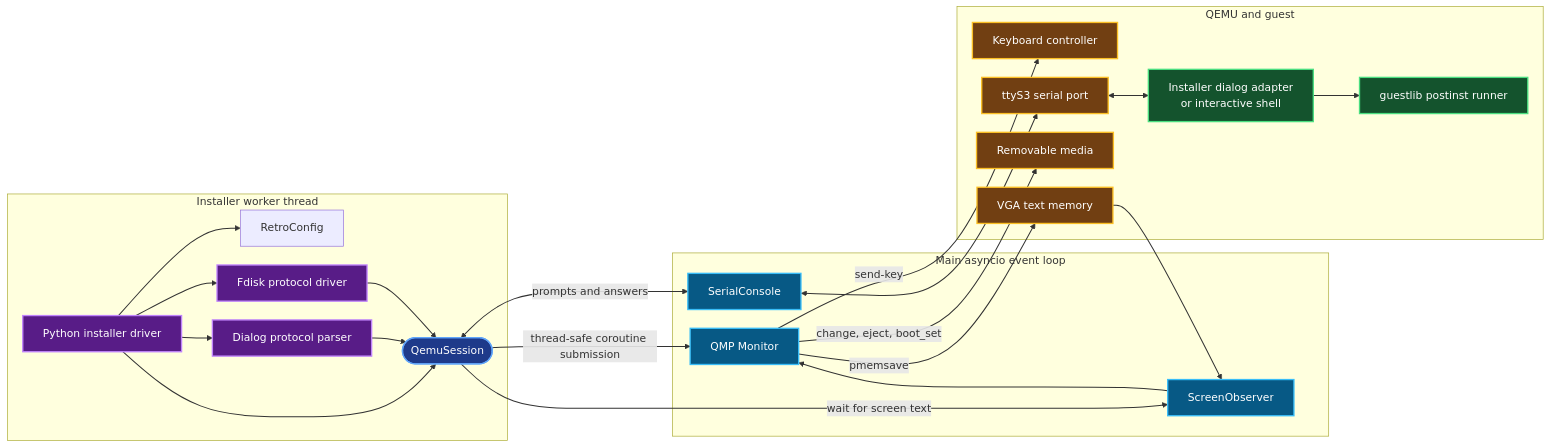
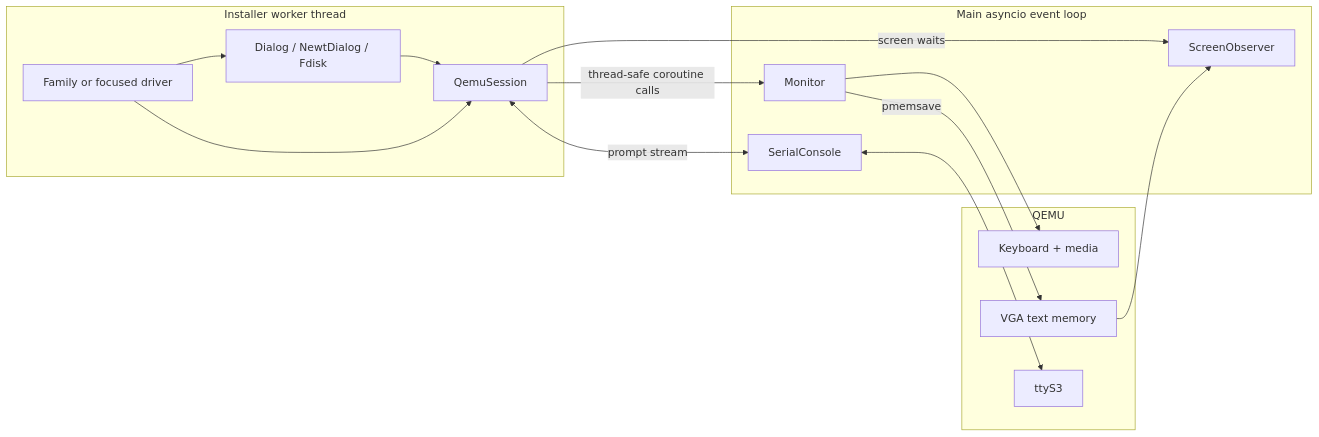
Before and after one commit to jblang/retrodist: the fourth of 7 diagrams in ARCHITECTURE.md, drawn with Mermaid. The commit also changed other lines of this file and 10 other files, not shown here.

First line of the commit message:
refactor: clarify installer architecture and host helpers

````diff
--- a/ARCHITECTURE.md
+++ b/ARCHITECTURE.md
@@ -263,56 +174,29 @@
 ```mermaid
-%%{init: {"flowchart": {"curve": "basis", "nodeSpacing": 28, "rankSpacing": 46}}}%%
 flowchart LR
     subgraph worker[Installer worker thread]
-        driver["Python installer driver"]
-        config[RetroConfig]
-        session([QemuSession])
-        dialog[Dialog protocol parser]
-        fdisk[Fdisk protocol driver]
+        driver["Family or focused driver"]
+        dialog["Dialog / NewtDialog / Fdisk"]
+        session["QemuSession"]
+        driver --> dialog --> session
         driver --> session
-        driver --> config
-        driver --> dialog
-        driver --> fdisk
-        dialog --> session
-        fdisk --> session
     end
 
     subgraph loop[Main asyncio event loop]
-        monitor[QMP Monitor]
-        vga[ScreenObserver]
-        serial[SerialConsole]
-        vga --> monitor
+        qmp["Monitor"]
+        vga["ScreenObserver"]
+        serial["SerialConsole"]
     end
 
-    subgraph vm[QEMU and guest]
-        keyboard[Keyboard controller]
-        memory[VGA text memory]
-        media[Removable media]
-        tty["ttyS3 serial port"]
-        adapter["Installer dialog adapter<br/>or interactive shell"]
-        postinst[guestlib postinst runner]
-        tty <--> adapter
-        adapter --> postinst
+    subgraph qemu[QEMU]
+        keyboard["Keyboard + media"]
+        memory["VGA text memory"]
+        tty["ttyS3"]
     end
 
-    session -->|thread-safe coroutine submission| monitor
-    session -->|wait for screen text| vga
-    session <-->|prompts and answers| serial
-    monitor -->|send-key| keyboard
-    monitor -->|pmemsave| memory
-    memory --> vga
-    monitor -->|change, eject, boot_set| media
+    session -->|thread-safe coroutine calls| qmp
+    session -->|screen waits| vga
+    session <-->|prompt stream| serial
+    qmp --> keyboard
+    qmp -->|pmemsave| memory --> vga
     serial <--> tty
-
-    classDef driverNode fill:#581c87,stroke:#c084fc,color:#ffffff,stroke-width:2px
-    classDef facadeNode fill:#1e3a8a,stroke:#60a5fa,color:#ffffff,stroke-width:2px
-    classDef transportNode fill:#075985,stroke:#38bdf8,color:#ffffff,stroke-width:2px
-    classDef interfaceNode fill:#713f12,stroke:#fbbf24,color:#ffffff,stroke-width:2px
-    classDef guestNode fill:#14532d,stroke:#4ade80,color:#ffffff,stroke-width:2px
-    class driver,dialog,fdisk driverNode
-    class session facadeNode
-    class monitor,vga,serial transportNode
-    class keyboard,memory,media,tty interfaceNode
-    class adapter,postinst guestNode
-    linkStyle default stroke-width:1.5px
 ```
````
